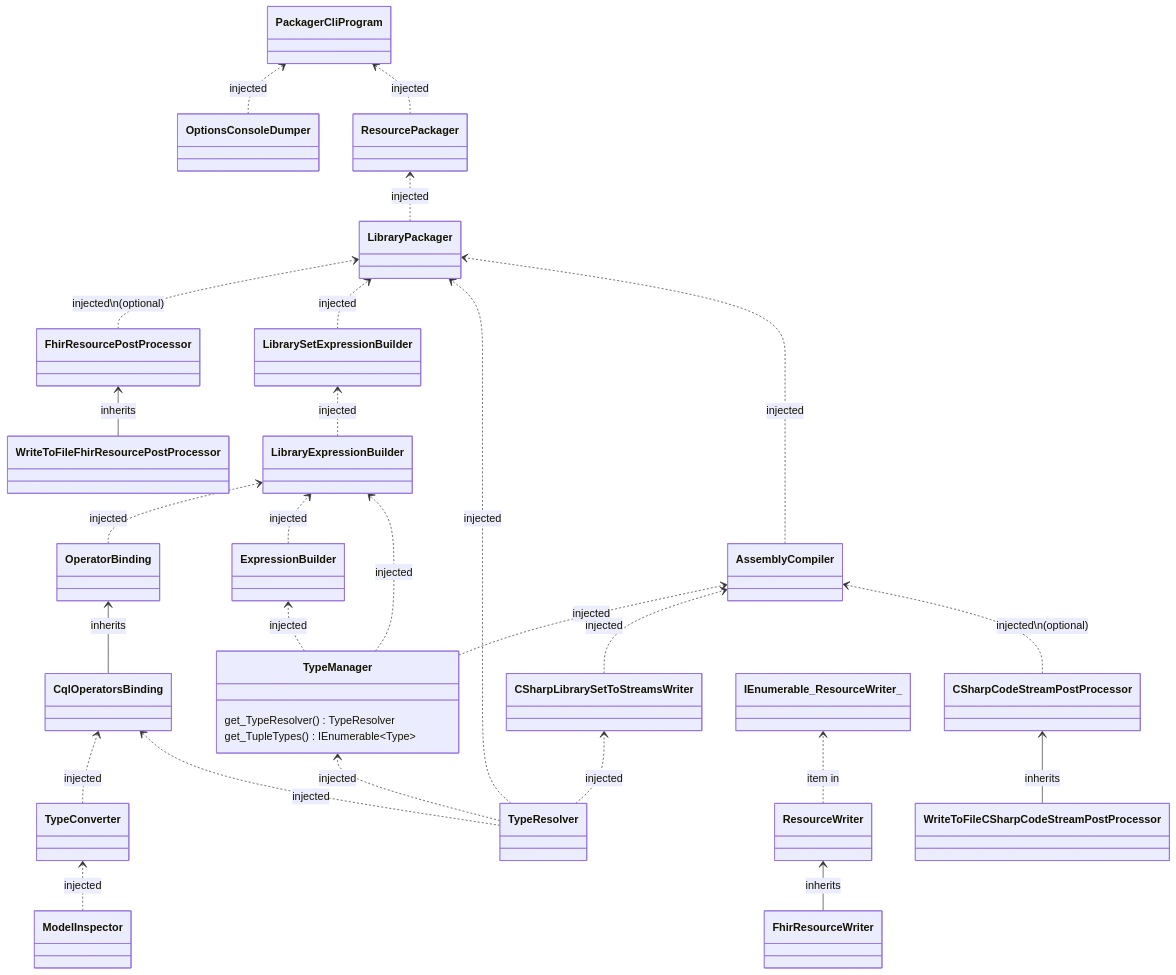
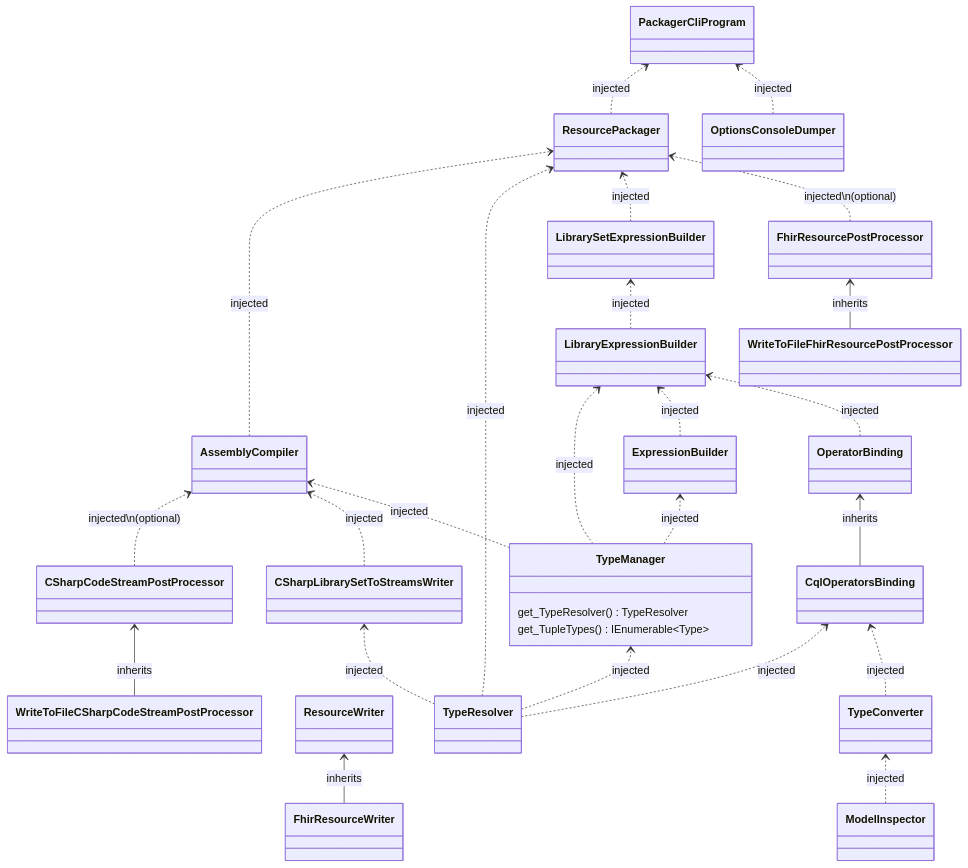
One commit to FirelyTeam/firely-cql-sdk changed the first of 2 diagrams in docs/packager-cli-dependency-graph.md. Above: the diagram before and after it, drawn with Mermaid. The commit also changed 10 other files, not shown here.

Commit message:
Remove old ResourceWriters. Remove ResourcePackager, and rename LibraryPackager to ResourcePackager

````diff
--- a/docs/packager-cli-dependency-graph.md
+++ b/docs/packager-cli-dependency-graph.md
@@ -5,67 +5,61 @@
 ```mermaid
 classDiagram
     direction BT
 
     %% HACK: Mermaid doesnt support commas withing generic, so use a similar looking character (﹐)
 
     class TypeManager {
         get_TypeResolver() TypeResolver
         get_TupleTypes() IEnumerable~Type~
     }
 
     subgraph Generating_CSharp_From_LibrarySet_AndDefinitions
         class CSharpLibrarySetToStreamsWriter {
         }
 
         class CSharpCodeStreamPostProcessor {
         }
 
         class WriteToFileCSharpCodeStreamPostProcessor {
         }
     end
 
 
     %% Inheritance  
     
     CqlOperatorsBinding --> OperatorBinding : inherits
     FhirResourceWriter --> ResourceWriter : inherits
     WriteToFileCSharpCodeStreamPostProcessor --> CSharpCodeStreamPostProcessor : inherits
     WriteToFileFhirResourcePostProcessor --> FhirResourcePostProcessor : inherits
 
     %% Injected Dependencies
 
     CSharpCodeStreamPostProcessor ..> AssemblyCompiler : injected\n(optional)
     CSharpLibrarySetToStreamsWriter ..> AssemblyCompiler : injected
     TypeManager ..> AssemblyCompiler : injected
 
     TypeManager ..> ExpressionBuilder : injected
 
     ResourcePackager ..> PackagerCliProgram : injected 
     OptionsConsoleDumper ..> PackagerCliProgram : injected 
       
     TypeResolver ..> CqlOperatorsBinding : injected
     TypeConverter ..> CqlOperatorsBinding : injected
 
     ModelInspector ..> TypeConverter : injected  
 
     TypeResolver ..> TypeManager : injected
 
-    AssemblyCompiler ..> LibraryPackager : injected
-    TypeResolver ..> LibraryPackager : injected
-    LibrarySetExpressionBuilder ..> LibraryPackager : injected
-    FhirResourcePostProcessor ..> LibraryPackager : injected\n(optional) 
+    AssemblyCompiler ..> ResourcePackager : injected
+    TypeResolver ..> ResourcePackager : injected
+    LibrarySetExpressionBuilder ..> ResourcePackager : injected
+    FhirResourcePostProcessor ..> ResourcePackager : injected\n(optional) 
     
     TypeResolver ..> CSharpLibrarySetToStreamsWriter : injected
 
     TypeManager ..> LibraryExpressionBuilder : injected
     ExpressionBuilder ..> LibraryExpressionBuilder : injected
     OperatorBinding ..> LibraryExpressionBuilder : injected
 
     LibraryExpressionBuilder ..> LibrarySetExpressionBuilder : injected
-
-    LibraryPackager ..> ResourcePackager : injected
-
-    %% Rest
-    ResourceWriter ..> IEnumerable_ResourceWriter_ : item in
-
 ```
````
